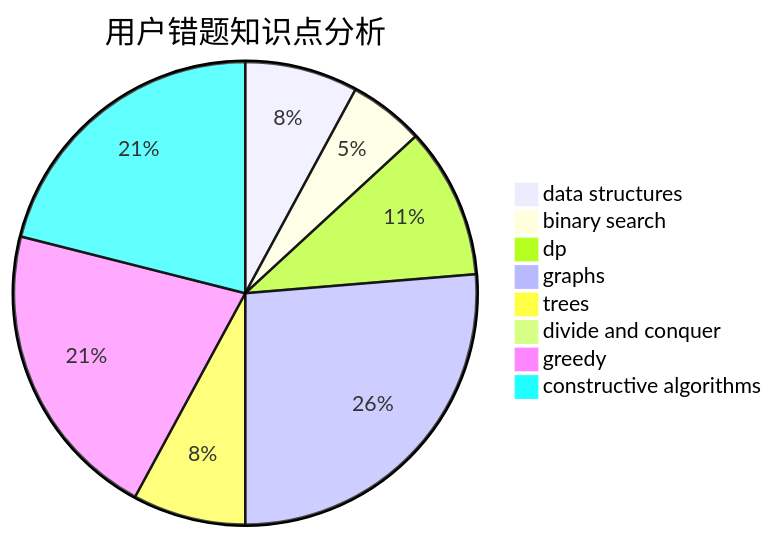
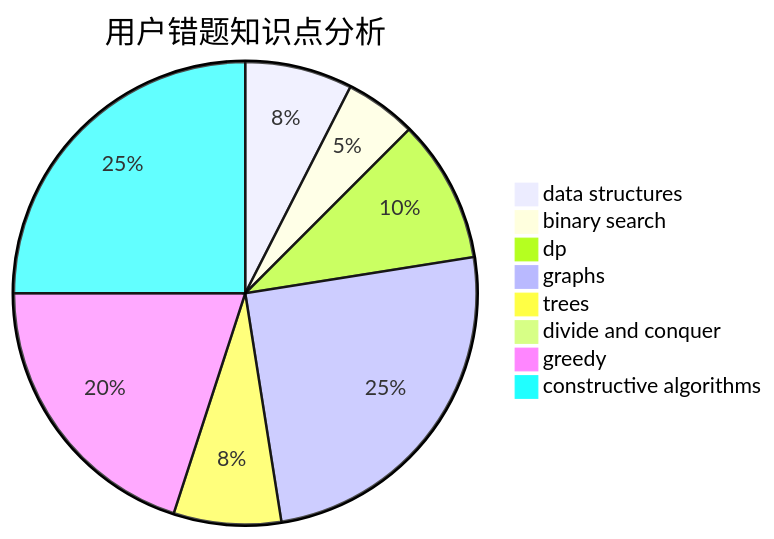
Before and after one commit to sherpahu/cfrs.github.io: the third of 3 diagrams in docs/user/u2021.md, drawn with Mermaid. The commit also changed other lines of this file and 2770 other files, not shown here.

````diff
--- a/docs/user/u2021.md
+++ b/docs/user/u2021.md
@@ -36,11 +36,11 @@
 ```mermaid
 pie title 用户错题知识点分析
     "data structures" :  3
     "binary search" :  2
     "dp" :  4
     "graphs" :  10
     "trees" :  3
     "divide and conquer" :  0
     "greedy" :  8
-    "constructive algorithms" :  8
+    "constructive algorithms" :  10
 ```
````
